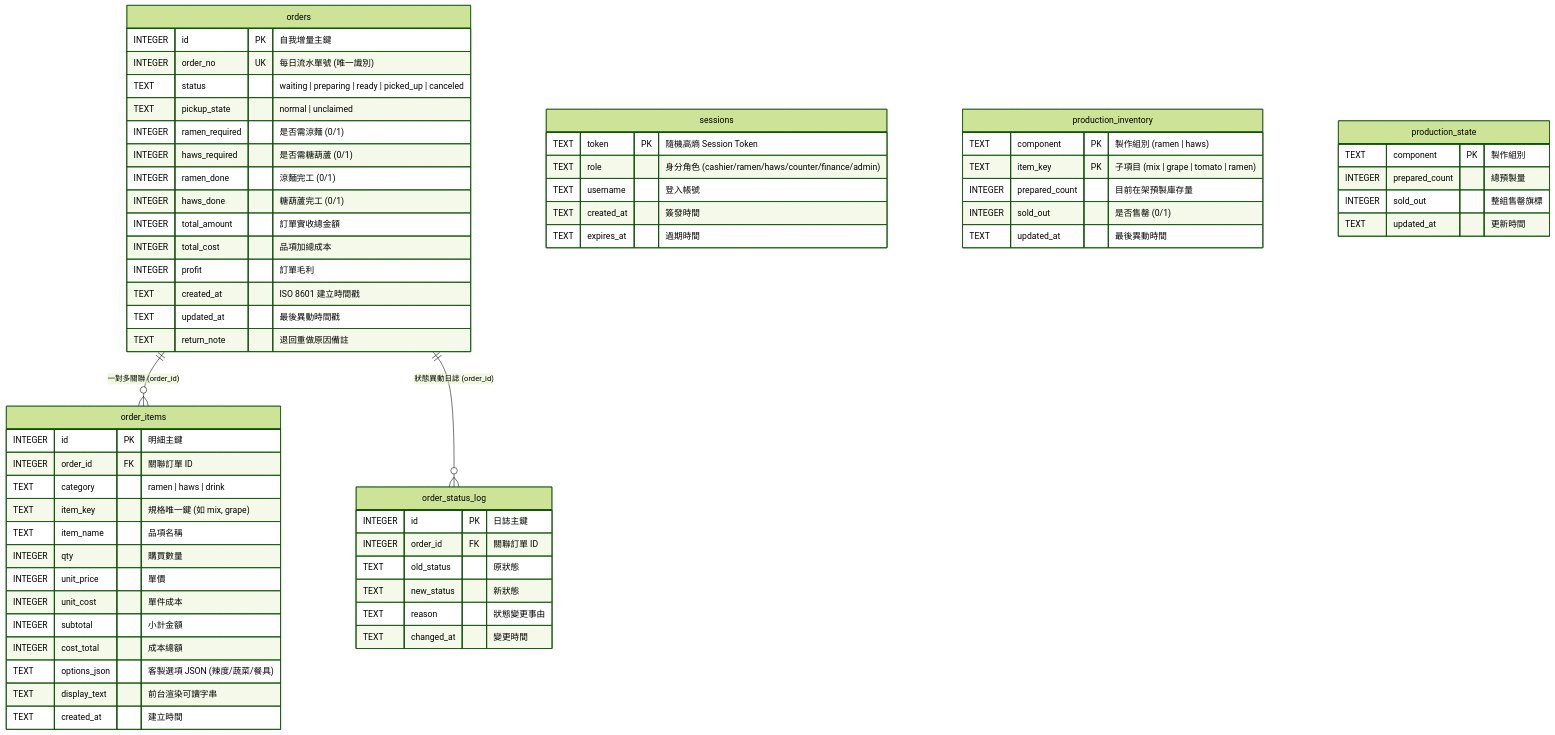
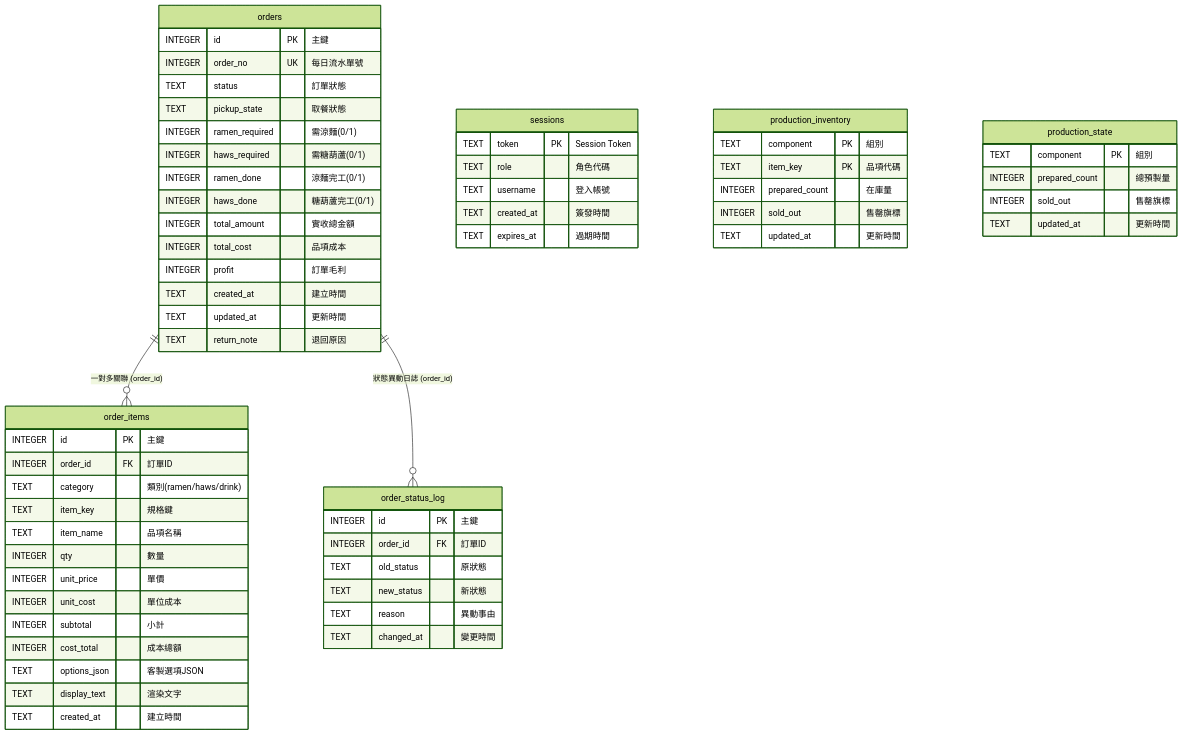
One commit to ytconch/Cashier-System changed the third of 3 diagrams in README.md. Above: the diagram before and after it, drawn with Mermaid (forest theme). The commit also changed other lines of this file and 8 other files, not shown here.

Commit message:
docs: 修復 Mermaid 圖形解析錯誤、補齊 LICENSE、修正目錄錨點並建立內建自動化測試體系

````diff
--- a/README.md
+++ b/README.md
@@ -220,70 +221,70 @@
 ```mermaid
 erDiagram
     orders ||--o{ order_items : "一對多關聯 (order_id)"
     orders ||--o{ order_status_log : "狀態異動日誌 (order_id)"
     
     orders {
-        INTEGER id PK "自我增量主鍵"
-        INTEGER order_no UK "每日流水單號 (唯一識別)"
-        TEXT status "waiting | preparing | ready | picked_up | canceled"
-        TEXT pickup_state "normal | unclaimed"
-        INTEGER ramen_required "是否需涼麵 (0/1)"
-        INTEGER haws_required "是否需糖葫蘆 (0/1)"
-        INTEGER ramen_done "涼麵完工 (0/1)"
-        INTEGER haws_done "糖葫蘆完工 (0/1)"
-        INTEGER total_amount "訂單實收總金額"
-        INTEGER total_cost "品項加總成本"
+        INTEGER id PK "主鍵"
+        INTEGER order_no UK "每日流水單號"
+        TEXT status "訂單狀態"
+        TEXT pickup_state "取餐狀態"
+        INTEGER ramen_required "需涼麵(0/1)"
+        INTEGER haws_required "需糖葫蘆(0/1)"
+        INTEGER ramen_done "涼麵完工(0/1)"
+        INTEGER haws_done "糖葫蘆完工(0/1)"
+        INTEGER total_amount "實收總金額"
+        INTEGER total_cost "品項成本"
         INTEGER profit "訂單毛利"
-        TEXT created_at "ISO 8601 建立時間戳"
-        TEXT updated_at "最後異動時間戳"
-        TEXT return_note "退回重做原因備註"
+        TEXT created_at "建立時間"
+        TEXT updated_at "更新時間"
+        TEXT return_note "退回原因"
     }
 
     order_items {
-        INTEGER id PK "明細主鍵"
-        INTEGER order_id FK "關聯訂單 ID"
-        TEXT category "ramen | haws | drink"
-        TEXT item_key "規格唯一鍵 (如 mix, grape)"
+        INTEGER id PK "主鍵"
+        INTEGER order_id FK "訂單ID"
+        TEXT category "類別(ramen/haws/drink)"
+        TEXT item_key "規格鍵"
         TEXT item_name "品項名稱"
-        INTEGER qty "購買數量"
+        INTEGER qty "數量"
         INTEGER unit_price "單價"
-        INTEGER unit_cost "單件成本"
-        INTEGER subtotal "小計金額"
+        INTEGER unit_cost "單位成本"
+        INTEGER subtotal "小計"
         INTEGER cost_total "成本總額"
-        TEXT options_json "客製選項 JSON (辣度/蔬菜/餐具)"
-        TEXT display_text "前台渲染可讀字串"
+        TEXT options_json "客製選項JSON"
+        TEXT display_text "渲染文字"
         TEXT created_at "建立時間"
     }
 
     order_status_log {
-        INTEGER id PK "日誌主鍵"
-        INTEGER order_id FK "關聯訂單 ID"
+        INTEGER id PK "主鍵"
+        INTEGER order_id FK "訂單ID"
         TEXT old_status "原狀態"
         TEXT new_status "新狀態"
-        TEXT reason "狀態變更事由"
+        TEXT reason "異動事由"
         TEXT changed_at "變更時間"
     }
 
     sessions {
-        TEXT token PK "隨機高熵 Session Token"
-        TEXT role "身分角色 (cashier/ramen/haws/counter/finance/admin)"
+        TEXT token PK "Session Token"
+        TEXT role "角色代碼"
         TEXT username "登入帳號"
         TEXT created_at "簽發時間"
         TEXT expires_at "過期時間"
     }
 
     production_inventory {
-        TEXT component PK "製作組別 (ramen | haws)"
-        TEXT item_key PK "子項目 (mix | grape | tomato | ramen)"
-        INTEGER prepared_count "目前在架預製庫存量"
-        INTEGER sold_out "是否售罄 (0/1)"
-        TEXT updated_at "最後異動時間"
+        TEXT component PK "組別"
+        TEXT item_key PK "品項代碼"
+        INTEGER prepared_count "在庫量"
+        INTEGER sold_out "售罄旗標"
+        TEXT updated_at "更新時間"
     }
 
     production_state {
-        TEXT component PK "製作組別"
+        TEXT component PK "組別"
         INTEGER prepared_count "總預製量"
-        INTEGER sold_out "整組售罄旗標"
+        INTEGER sold_out "售罄旗標"
         TEXT updated_at "更新時間"
     }
 ```
````
